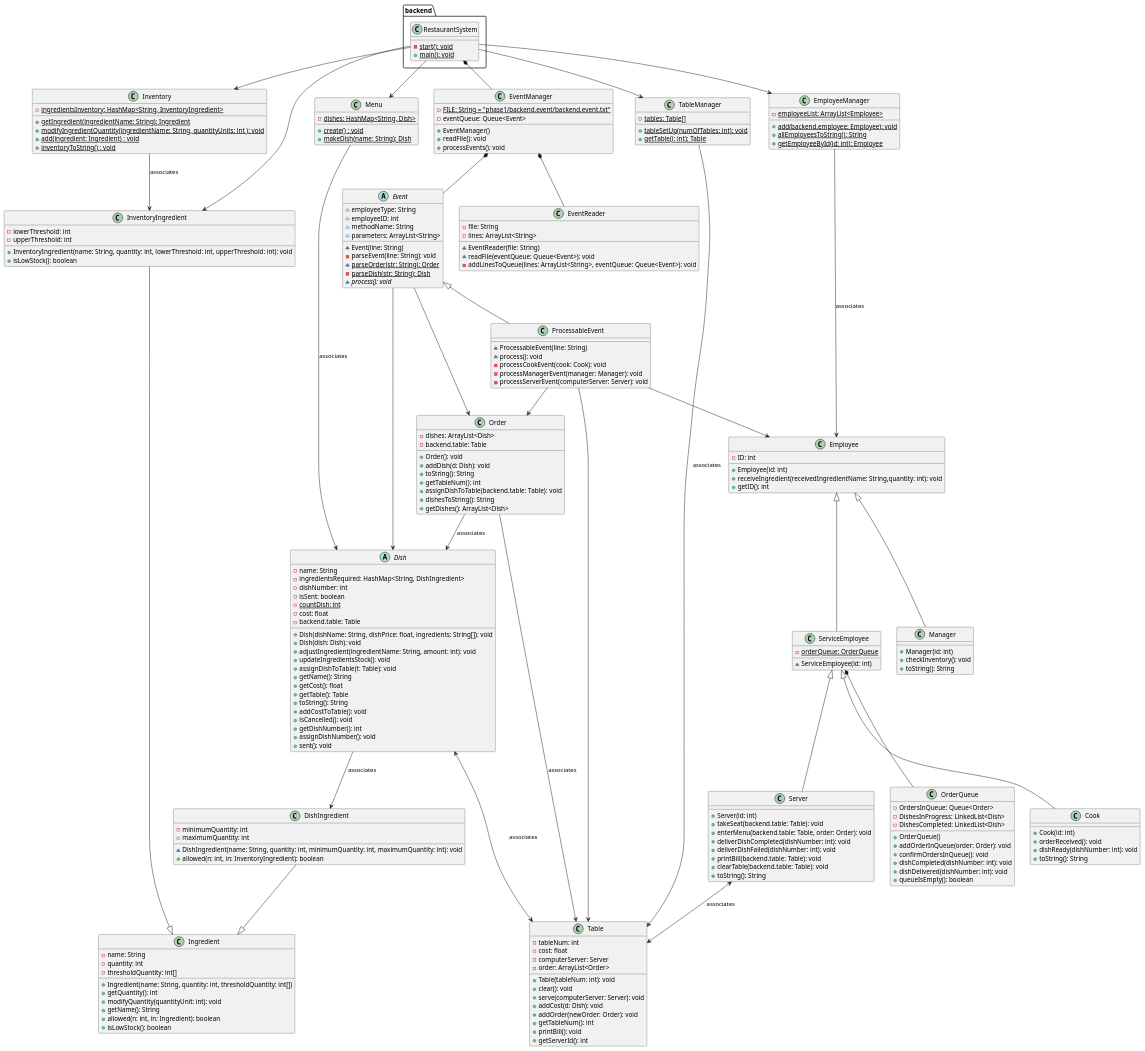
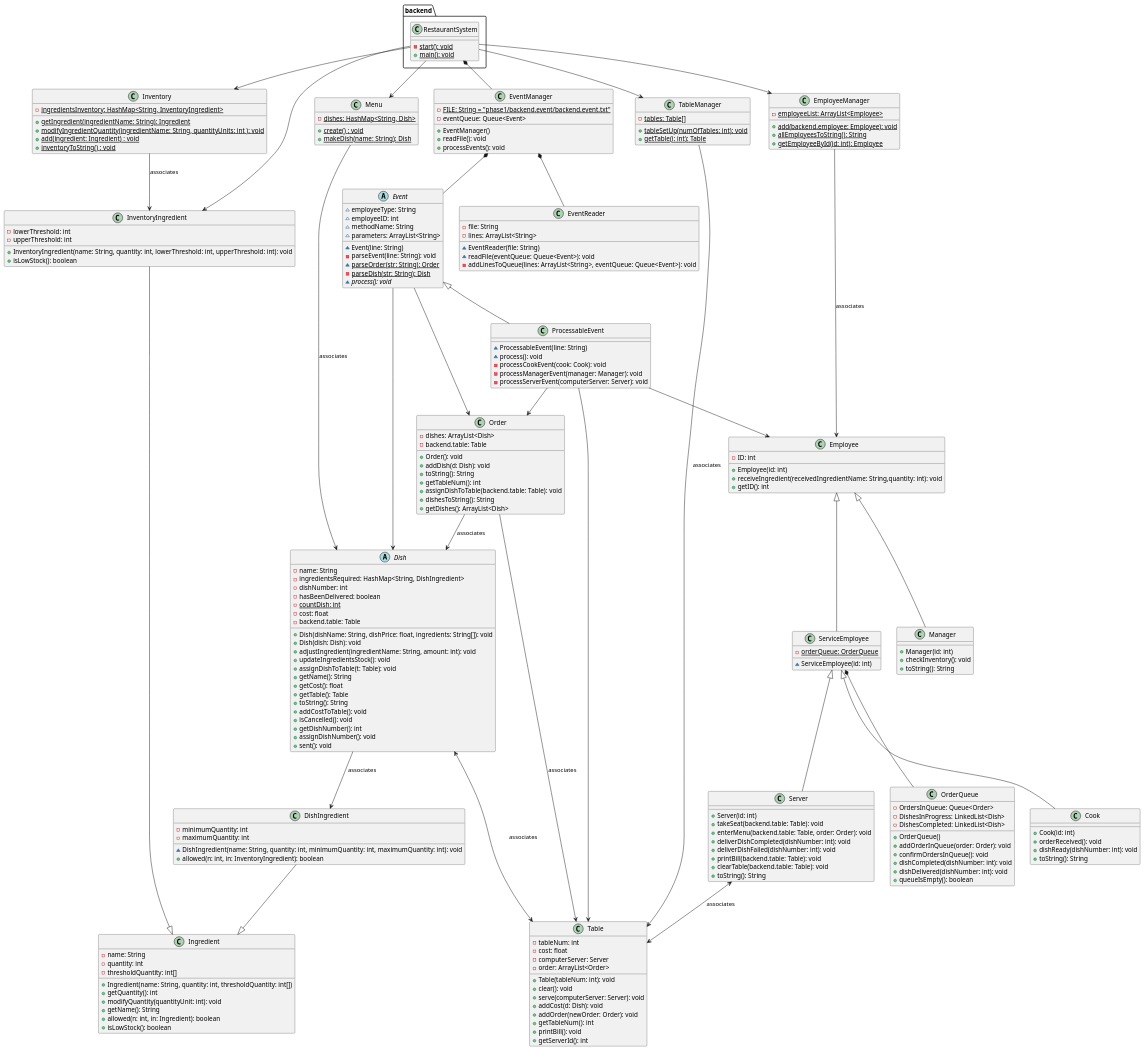
One commit to billangli/RestaurantSystem changed the diagram in phase2/etc/phase1uml.puml. Above: the diagram before and after it, drawn with PlantUML. The commit also changed 5 other files, not shown here.

Commit message:
- Changed the Dish.sent and Dish.isSent to Dish.Delivered and Dish.hasBeenDelivered - Updated the javadoc for Dish class

```diff
--- a/phase2/etc/phase1uml.puml
+++ b/phase2/etc/phase1uml.puml
@@ -109,7 +109,7 @@
 - name: String
 - ingredientsRequired: HashMap<String, DishIngredient>
 - dishNumber: int
-- isSent: boolean
+- hasBeenDelivered: boolean
 - {static} countDish: int
 - cost: float
 - backend.table: Table
```
